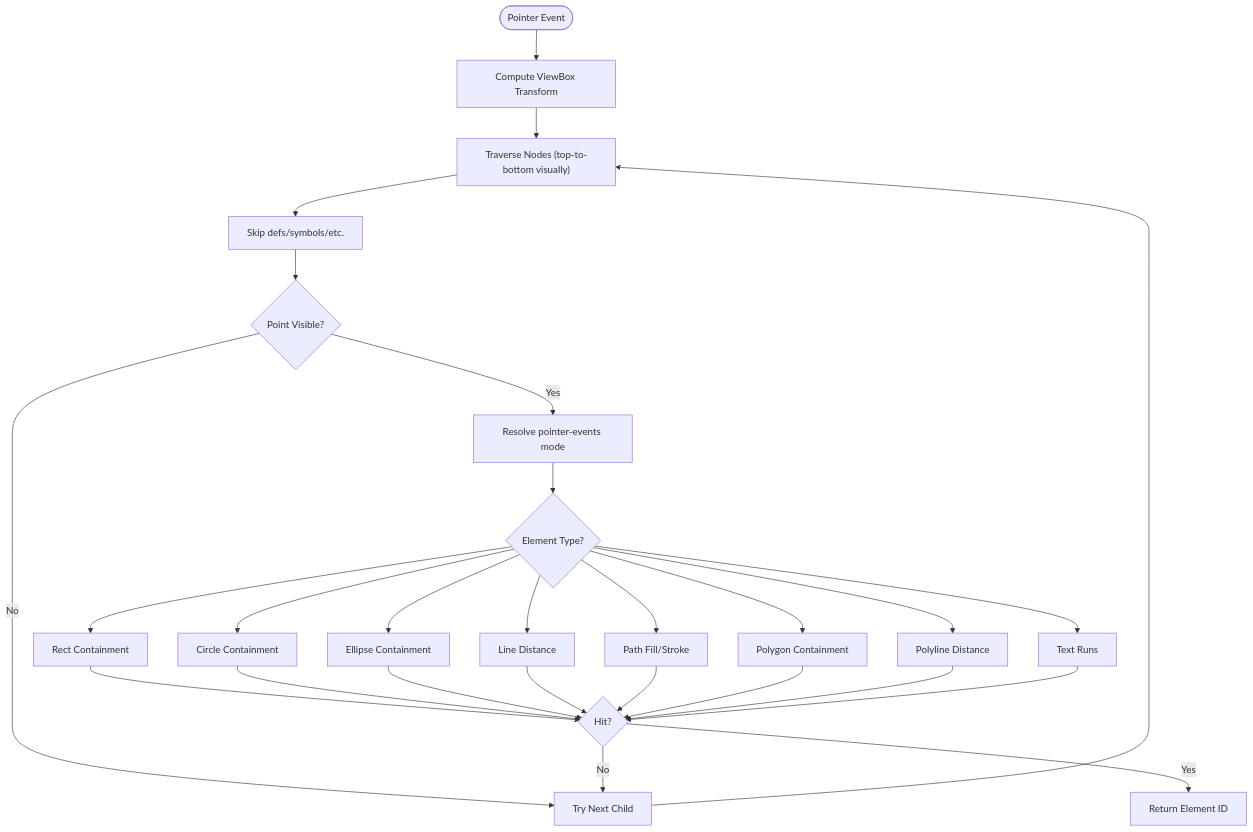
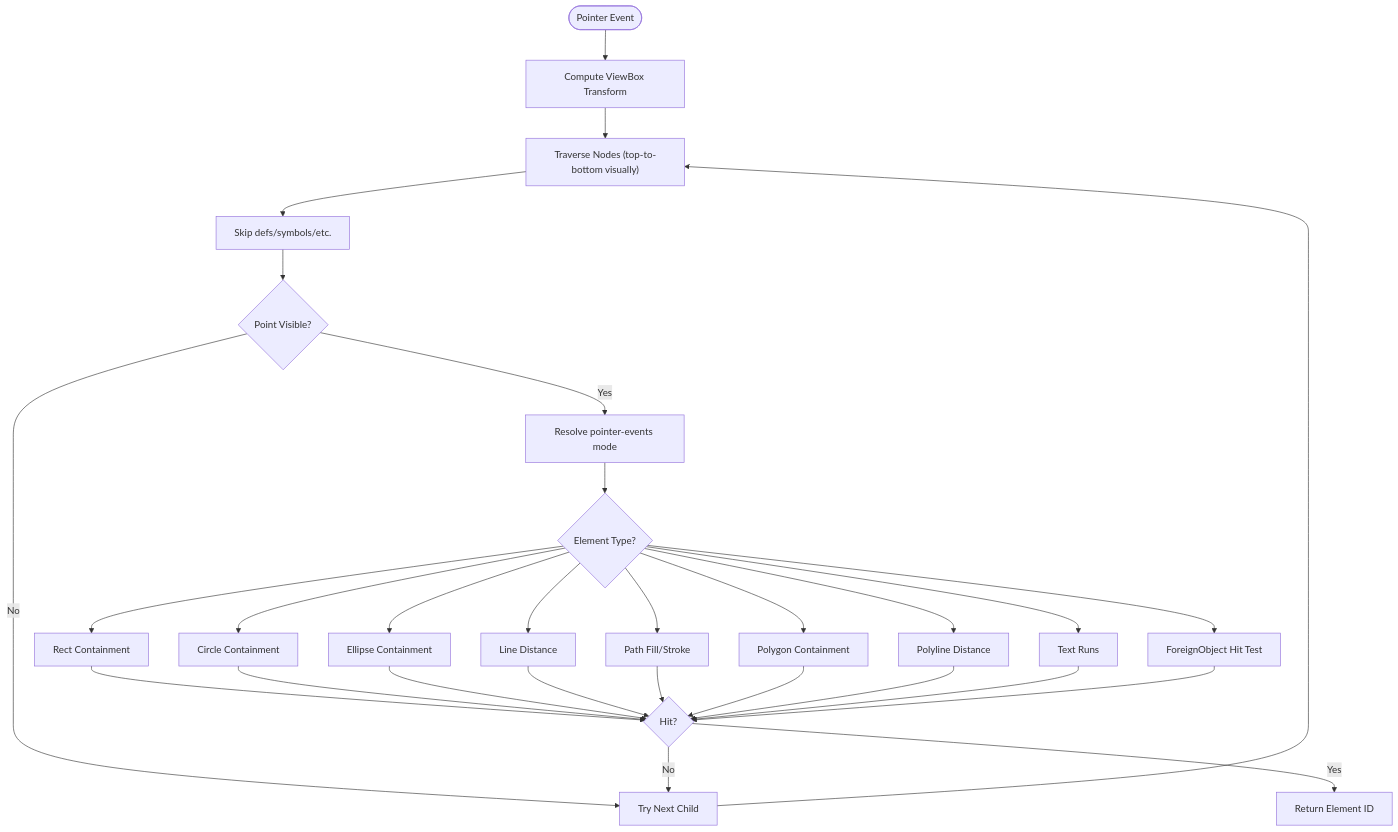
One commit to denisnadey/flutter_full_svg_support changed the fourth of 9 diagrams in .qoder/repowiki/en/content/Advanced Features/Advanced Features.md. Above: the diagram before and after it, drawn with Mermaid. The commit also changed other lines of this file and 40 other files, not shown here.

````diff
--- a/.qoder/repowiki/en/content/Advanced Features/Advanced Features.md
+++ b/.qoder/repowiki/en/content/Advanced Features/Advanced Features.md
@@ -228,29 +262,31 @@
 ```mermaid
 flowchart TD
 Start(["Pointer Event"]) --> Compute["Compute ViewBox Transform"]
 Compute --> Traverse["Traverse Nodes (top-to-bottom visually)"]
 Traverse --> Skip["Skip defs/symbols/etc."]
 Skip --> Visible{"Point Visible?"}
 Visible --> |No| Next["Try Next Child"]
 Visible --> |Yes| Mode["Resolve pointer-events mode"]
 Mode --> Tag{"Element Type?"}
 Tag --> Rect["Rect Containment"]
 Tag --> Circle["Circle Containment"]
 Tag --> Ellipse["Ellipse Containment"]
 Tag --> Line["Line Distance"]
 Tag --> Path["Path Fill/Stroke"]
 Tag --> Polygon["Polygon Containment"]
 Tag --> Polyline["Polyline Distance"]
 Tag --> Text["Text Runs"]
+Tag --> ForeignObject["ForeignObject Hit Test"]
 Rect --> Hit{"Hit?"}
 Circle --> Hit
 Ellipse --> Hit
 Line --> Hit
 Path --> Hit
 Polygon --> Hit
 Polyline --> Hit
 Text --> Hit
+ForeignObject --> Hit
 Hit --> |Yes| Return["Return Element ID"]
 Hit --> |No| Next
 Next --> Traverse
 ```
````
